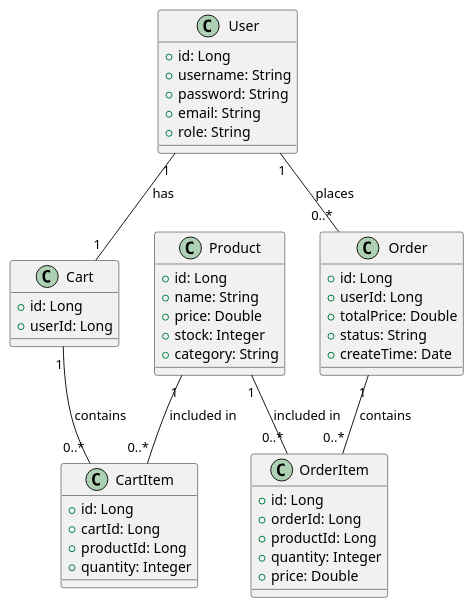
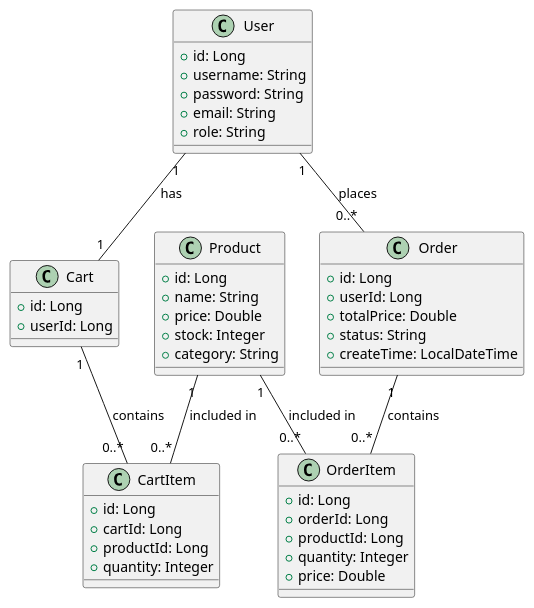
Before and after one commit to lyds1018/uml_final_assignment: the second of 2 diagrams in summary_design.md, drawn with PlantUML.

Commit message:
vault backup: 2025-11-03 13:55:52

````diff
--- a/summary_design.md
+++ b/summary_design.md
@@ -140,59 +140,58 @@
 ```plantuml
 @startuml class_diagram
 
 ' 核心实体类
 class User {
   +id: Long
   +username: String
   +password: String
   +email: String
   +role: String
 }
 
 class Product {
   +id: Long
   +name: String
   +price: Double
   +stock: Integer
   +category: String
 }
 
 class Cart {
   +id: Long
   +userId: Long
 }
 
 class CartItem {
   +id: Long
   +cartId: Long
   +productId: Long
   +quantity: Integer
 }
 
 class Order {
   +id: Long
   +userId: Long
   +totalPrice: Double
   +status: String
-  +createTime: Date
+  +createTime: LocalDateTime
 }
 
 class OrderItem {
   +id: Long
   +orderId: Long
   +productId: Long
   +quantity: Integer
   +price: Double
 }
 
 ' 核心关系
 User "1" -- "1" Cart : has
 Cart "1" -- "0..*" CartItem : contains
 Order "1" -- "0..*" OrderItem : contains
 User "1" -- "0..*" Order : places
 Product "1" -- "0..*" CartItem : included in
 Product "1" -- "0..*" OrderItem : included in
 
 @enduml
-
 ```
````
